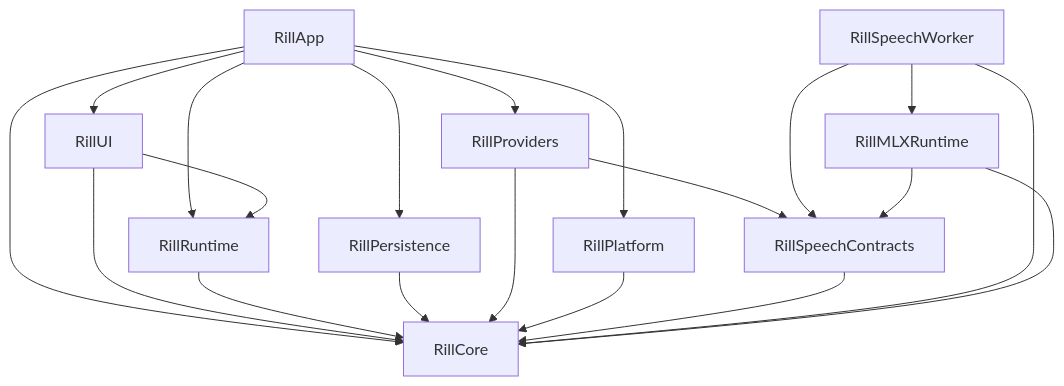
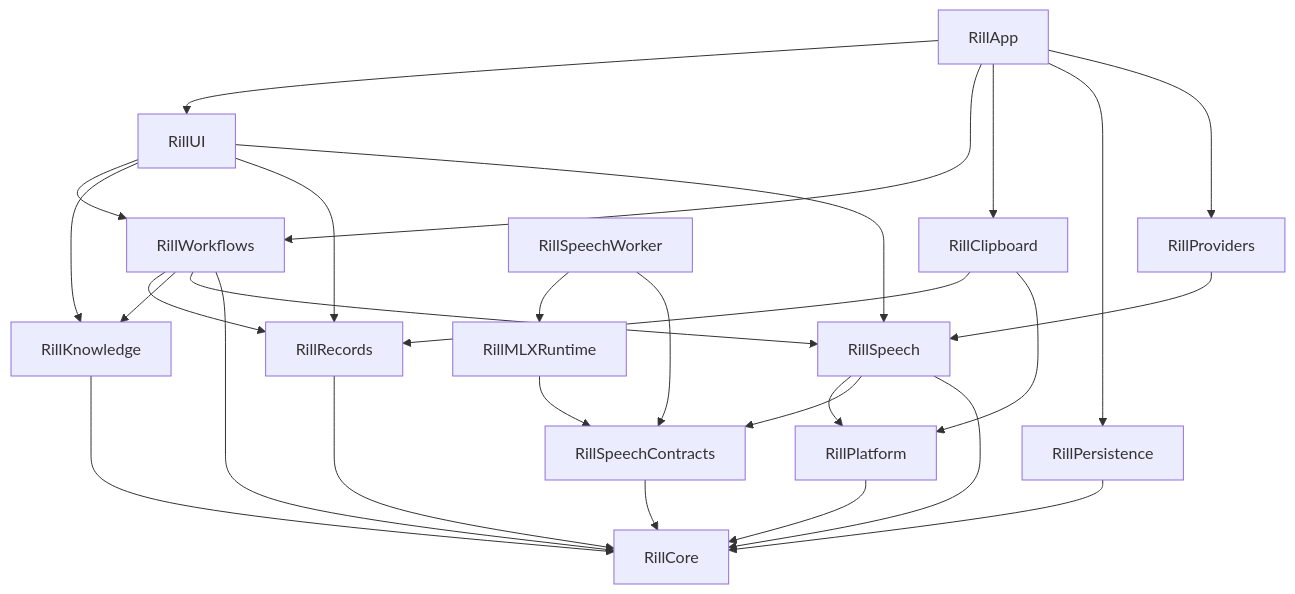
One commit to zrr1999/rill changed the diagram in docs/architecture.md. Above: the diagram before and after it, drawn with Mermaid. The commit also changed other lines of this file and 233 other files, not shown here.

Commit message:
♻️ refactor(architecture): separate feature modules and state owners

````diff
--- a/docs/architecture.md
+++ b/docs/architecture.md
@@ -23,22 +11,30 @@
 ```mermaid
 flowchart TD
     App[RillApp] --> UI[RillUI]
-    App --> Runtime[RillRuntime]
+    App --> Workflows[RillWorkflows]
+    App --> Clipboard[RillClipboard]
     App --> Persistence[RillPersistence]
     App --> Providers[RillProviders]
-    App --> Platform[RillPlatform]
-    App --> Core[RillCore]
-    UI --> Runtime
-    UI --> Core
-    Runtime --> Core
+    Workflows --> Records[RillRecords]
+    Workflows --> Knowledge[RillKnowledge]
+    Workflows --> Speech[RillSpeech]
+    Clipboard --> Records
+    Clipboard --> Platform[RillPlatform]
+    Speech --> Platform
+    Providers --> Speech
+    UI --> Workflows
+    UI --> Knowledge
+    UI --> Records
+    UI --> Speech
+    Worker[RillSpeechWorker] --> MLX[RillMLXRuntime]
+    Worker --> SpeechContracts[RillSpeechContracts]
+    MLX --> SpeechContracts
+    Speech --> SpeechContracts
+    SpeechContracts --> Core
+    Records --> Core[RillCore]
+    Knowledge --> Core
+    Workflows --> Core
+    Speech --> Core
     Persistence --> Core
-    Providers --> Contracts[RillSpeechContracts]
-    Providers --> Core
     Platform --> Core
-    Contracts --> Core
-    Worker[RillSpeechWorker] --> MLX[RillMLXRuntime]
-    Worker --> Contracts
-    Worker --> Core
-    MLX --> Contracts
-    MLX --> Core
 ```
````
